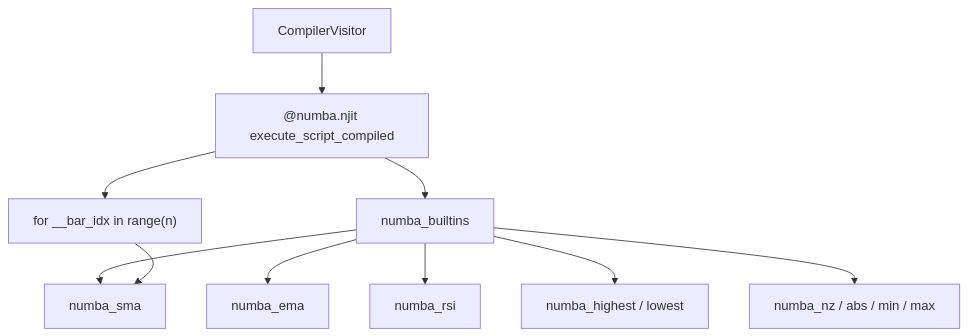
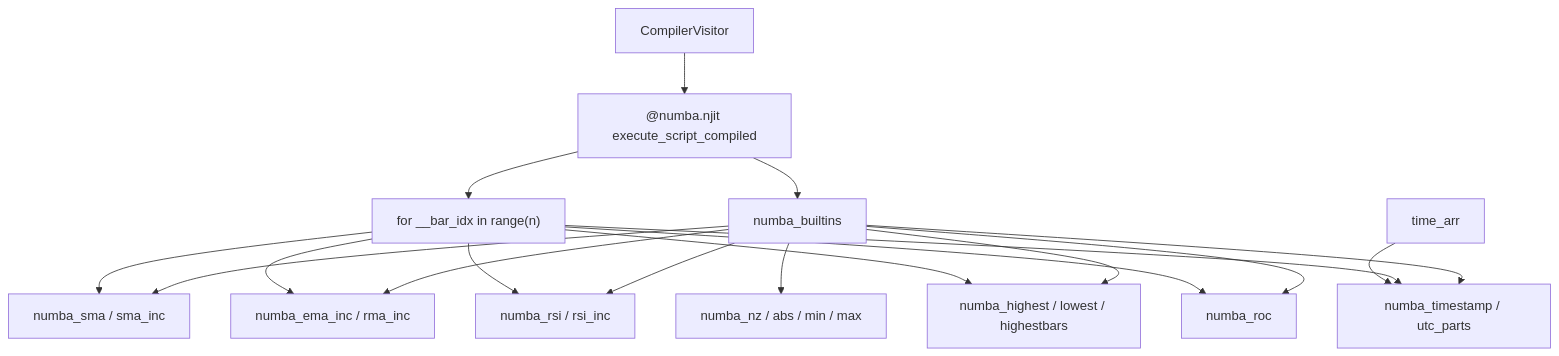
One commit to hoox-sh/pyne changed the diagram in docs/pyne/runtime/compiler/numba.mdx. Above: the diagram before and after it, drawn with Mermaid. The commit also changed other lines of this file and 81 other files, not shown here.

````diff
--- a/docs/pyne/runtime/compiler/numba.mdx
+++ b/docs/pyne/runtime/compiler/numba.mdx
@@ -33,12 +35,20 @@
 ```mermaid
 flowchart TB
   CV[CompilerVisitor] --> Emit["@numba.njit execute_script_compiled"]
   Emit --> NB[numba_builtins]
-  NB --> SMA[numba_sma]
-  NB --> EMA[numba_ema]
-  NB --> RSI[numba_rsi]
-  NB --> HL[numba_highest / lowest]
+  NB --> SMA[numba_sma / sma_inc]
+  NB --> EMA[numba_ema_inc / rma_inc]
+  NB --> RSI[numba_rsi / rsi_inc]
+  NB --> HL[numba_highest / lowest / highestbars]
+  NB --> ROC[numba_roc]
+  NB --> Cal[numba_timestamp / utc_parts]
   NB --> Math[numba_nz / abs / min / max]
   Emit --> Loop["for __bar_idx in range(n)"]
   Loop --> SMA
+  Loop --> EMA
+  Loop --> RSI
+  Loop --> HL
+  Loop --> ROC
+  Loop --> Cal
+  time_arr[time_arr] --> Cal
 ```
````
